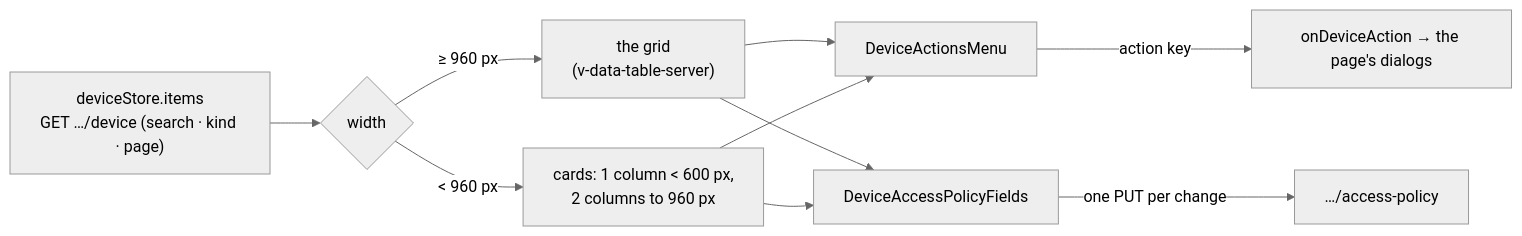
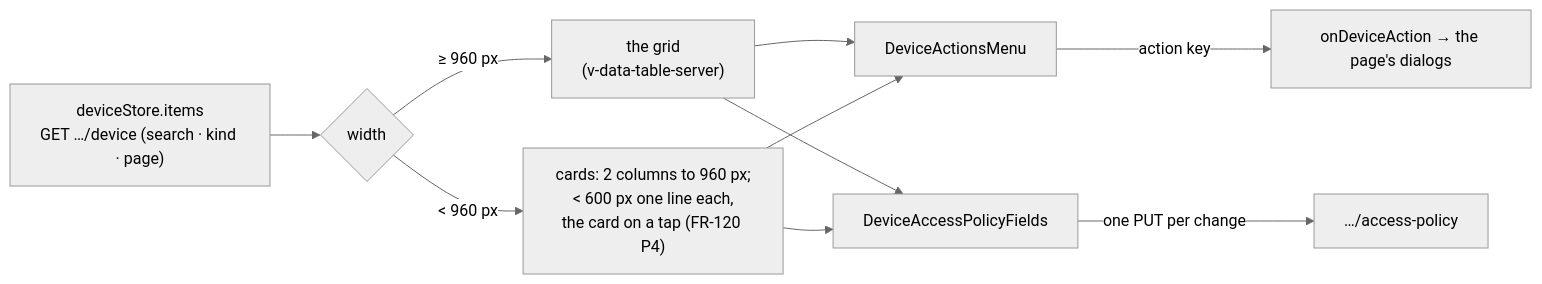
The third of 5 diagrams in docs/ui.md (gjovanov/roomler-ai), drawn with Mermaid (neutral theme) before and after one commit. The commit also changed other lines of this file and 3 other files, not shown here.

````diff
--- a/docs/ui.md
+++ b/docs/ui.md
@@ -163,8 +163,8 @@
 ```mermaid
 flowchart LR
     F["deviceStore.items<br/>GET …/device (search · kind · page)"] --> W{"width"}
     W -->|"≥ 960 px"| G["the grid<br/>(v-data-table-server)"]
-    W -->|"&lt; 960 px"| C["cards: 1 column &lt; 600 px,<br/>2 columns to 960 px"]
+    W -->|"&lt; 960 px"| C["cards: 2 columns to 960 px;<br/>&lt; 600 px one line each,<br/>the card on a tap (FR-120 P4)"]
     G & C --> M["DeviceActionsMenu"] -->|"action key"| D["onDeviceAction → the page's dialogs"]
     G & C --> P["DeviceAccessPolicyFields"] -->|"one PUT per change"| A["…/access-policy"]
 ```
````
